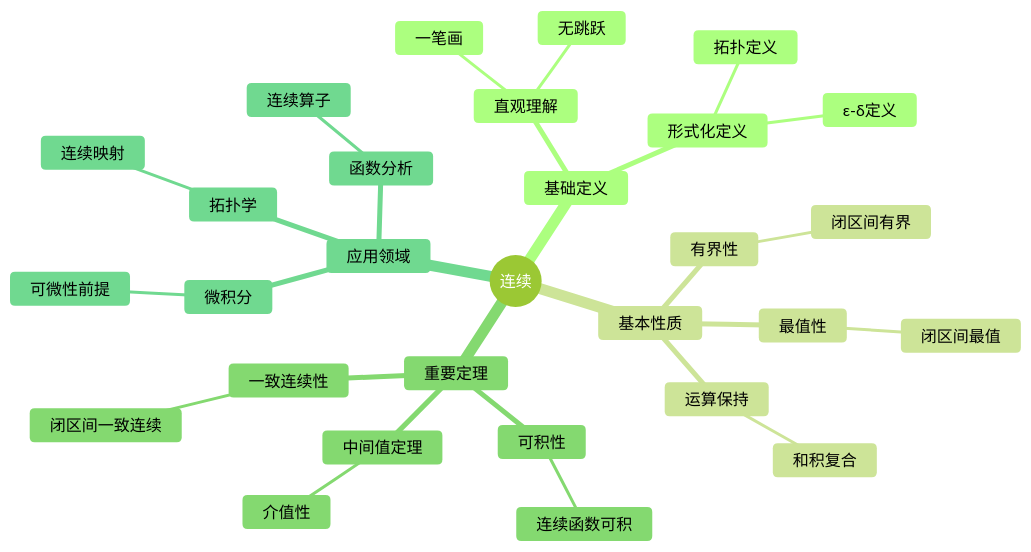
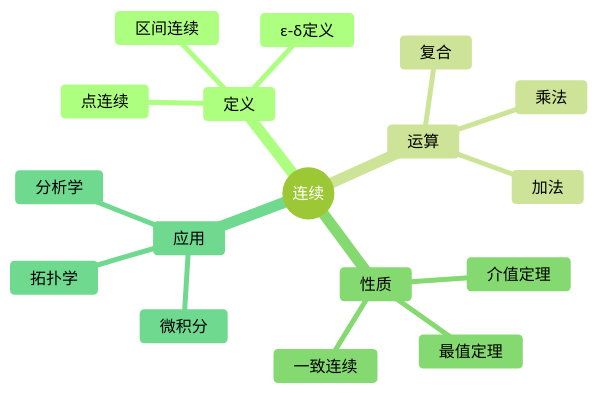
One commit to AdaMartin18010/FormalMath changed the first of 10 diagrams in concept/核心概念/14-连续.md. Above: the diagram before and after it, drawn with Mermaid (forest theme). The commit also changed other lines of this file and 4793 other files, not shown here.

````diff
--- a/concept/核心概念/14-连续.md
+++ b/concept/核心概念/14-连续.md
@@ -424,32 +1178,20 @@
 ```mermaid
 mindmap
   root((连续))
-    基础定义
-      直观理解
-        无跳跃
-        一笔画
-      形式化定义
-        ε-δ定义
-        拓扑定义
-    基本性质
-      运算保持
-        和积复合
-      有界性
-        闭区间有界
-      最值性
-        闭区间最值
-    重要定理
-      中间值定理
-        介值性
-      一致连续性
-        闭区间一致连续
-      可积性
-        连续函数可积
-    应用领域
+    定义
+      点连续
+      区间连续
+      ε-δ定义
+    运算
+      加法
+      乘法
+      复合
+    性质
+      最值定理
+      介值定理
+      一致连续
+    应用
       微积分
-        可微性前提
+      分析学
       拓扑学
-        连续映射
-      函数分析
-        连续算子
 ```
````
